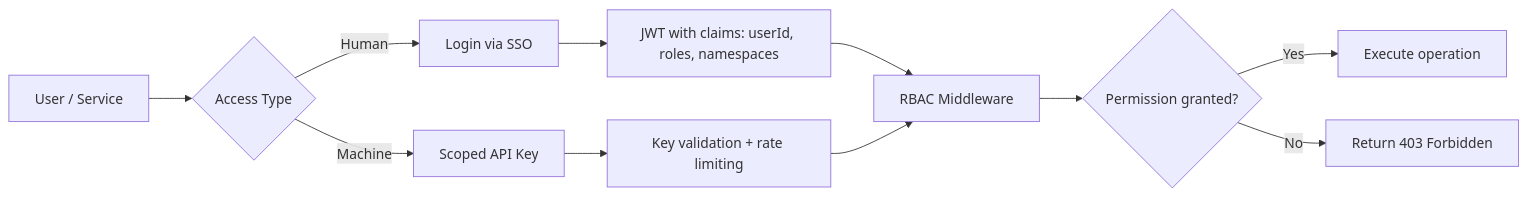
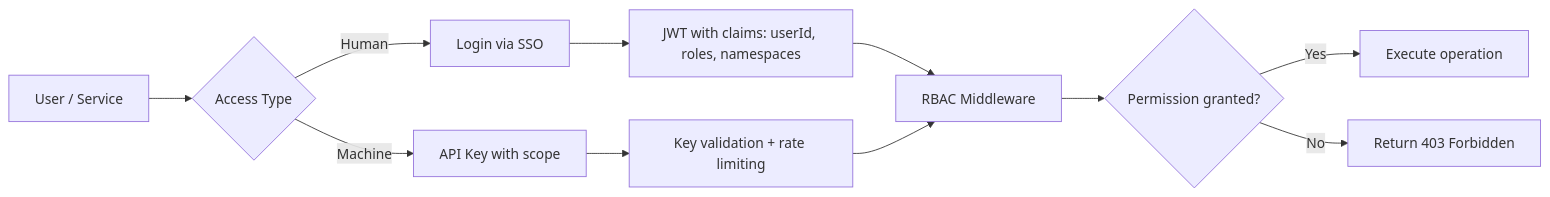
One commit to MachiTwo/MachiOnCoffee changed the diagram in content/docs/vectora/auth/_index.en.md. Above: the diagram before and after it, drawn with Mermaid. The commit also changed other lines of this file and 32 other files, not shown here.

````diff
--- a/content/docs/vectora/auth/_index.en.md
+++ b/content/docs/vectora/auth/_index.en.md
@@ -39,16 +39,16 @@
 ```mermaid
 graph LR
     A[User / Service] --> B{Access Type}
     B -->|Human| C[Login via SSO]
-    B -->|Machine| D[Scoped API Key]
+    B -->|Machine| D[API Key with scope]
 
     C --> E[JWT with claims: userId, roles, namespaces]
     D --> F[Key validation + rate limiting]
 
     E --> G[RBAC Middleware]
     F --> G
 
     G --> H{Permission granted?}
     H -->|Yes| I[Execute operation]
     H -->|No| J[Return 403 Forbidden]
 ```
````
